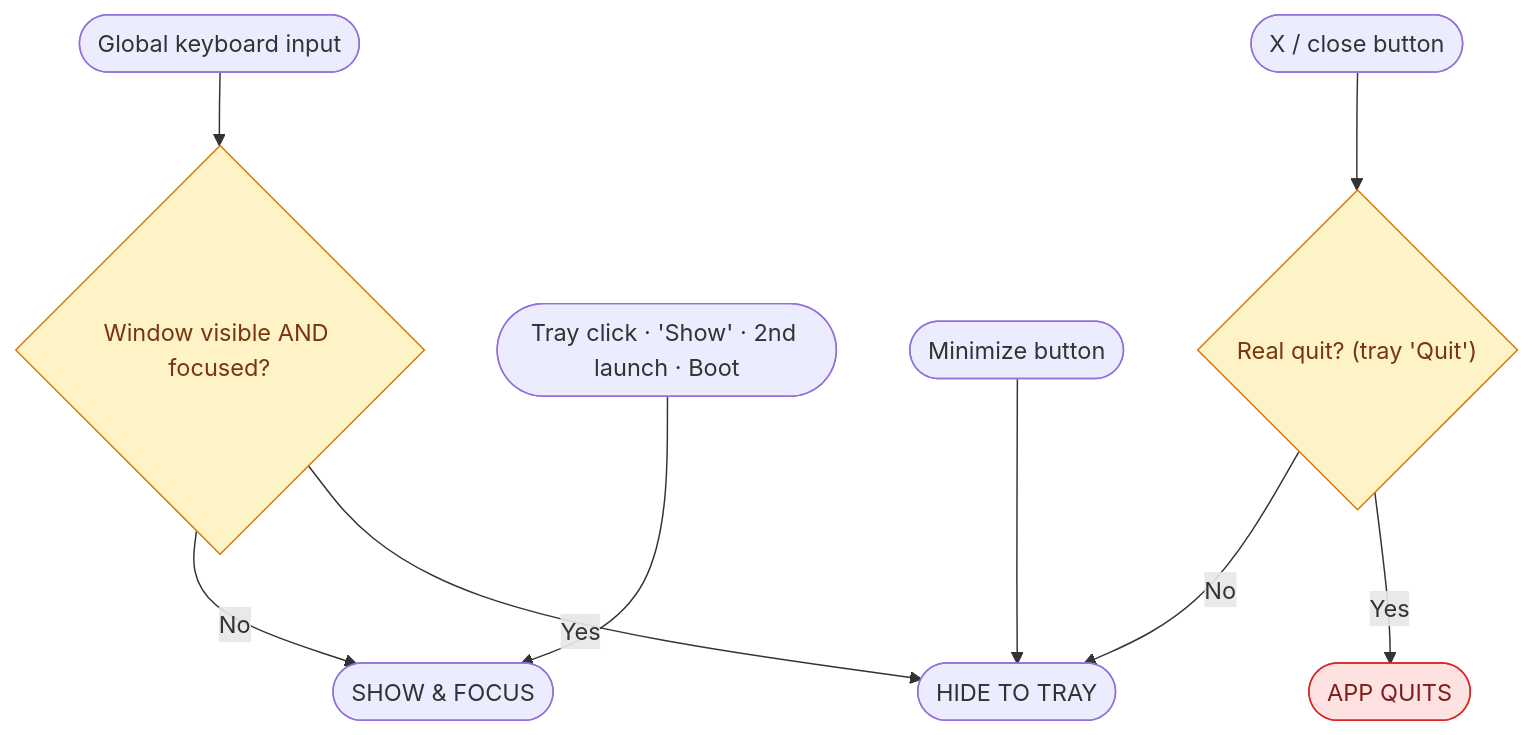
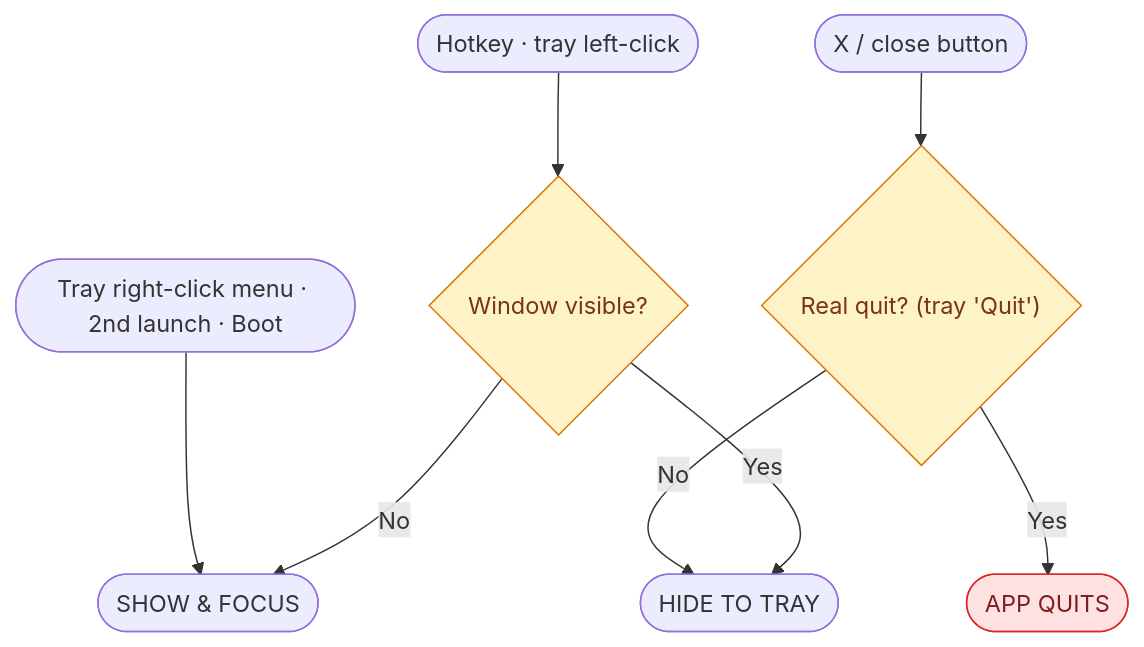
The diagram in docs/window-states.md (jigargosar/dyadic-editor-lite), drawn with Mermaid before and after one commit. The commit also changed other lines of this file and 2 other files, not shown here.

First line of the commit message:
Simplify tray/hotkey toggle to isVisible()-only, drop blur auto-hide

````diff
--- a/docs/window-states.md
+++ b/docs/window-states.md
@@ -28,16 +24,15 @@
 ```mermaid
 flowchart TD
-  hk(["Global keyboard input"]) --> d1{"Window visible AND focused?"}
+  hk(["Hotkey · tray left-click"]) --> d1{"Window visible?"}
   d1 -- Yes --> HIDE(["HIDE TO TRAY"])
   d1 -- No --> SHOW(["SHOW & FOCUS"])
-  tr(["Tray click · 'Show' · 2nd launch · Boot"]) --> SHOW
-  mb(["Minimize button"]) --> HIDE
+  tr(["Tray right-click menu · 2nd launch · Boot"]) --> SHOW
   xb(["X / close button"]) --> d2{"Real quit? (tray 'Quit')"}
   d2 -- Yes --> QUIT(["APP QUITS"])
   d2 -- No --> HIDE
 
   classDef dec fill:#fef3c7,stroke:#d97706,color:#78350f;
   classDef stop fill:#fee2e2,stroke:#dc2626,color:#7f1d1d;
   class d1,d2 dec;
   class QUIT stop;
 ```
````
